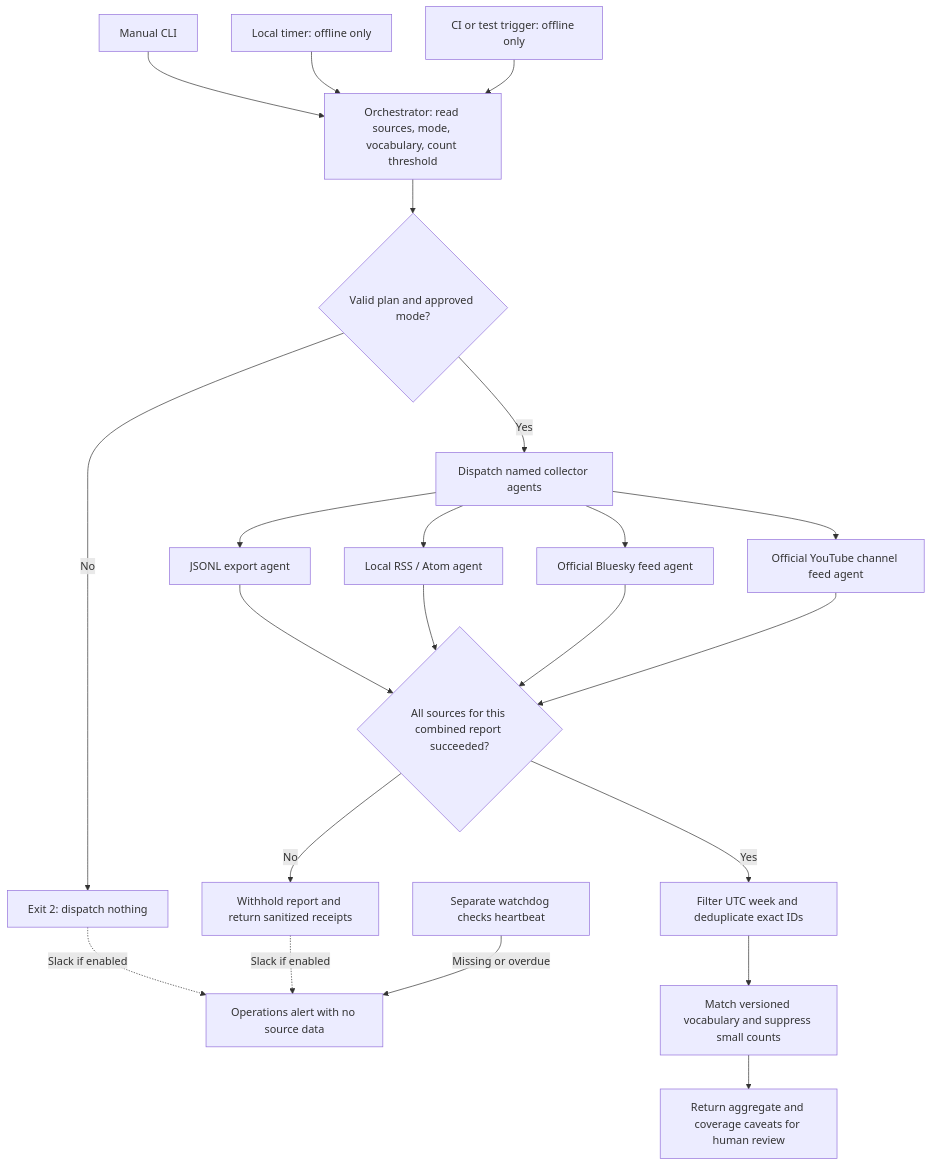
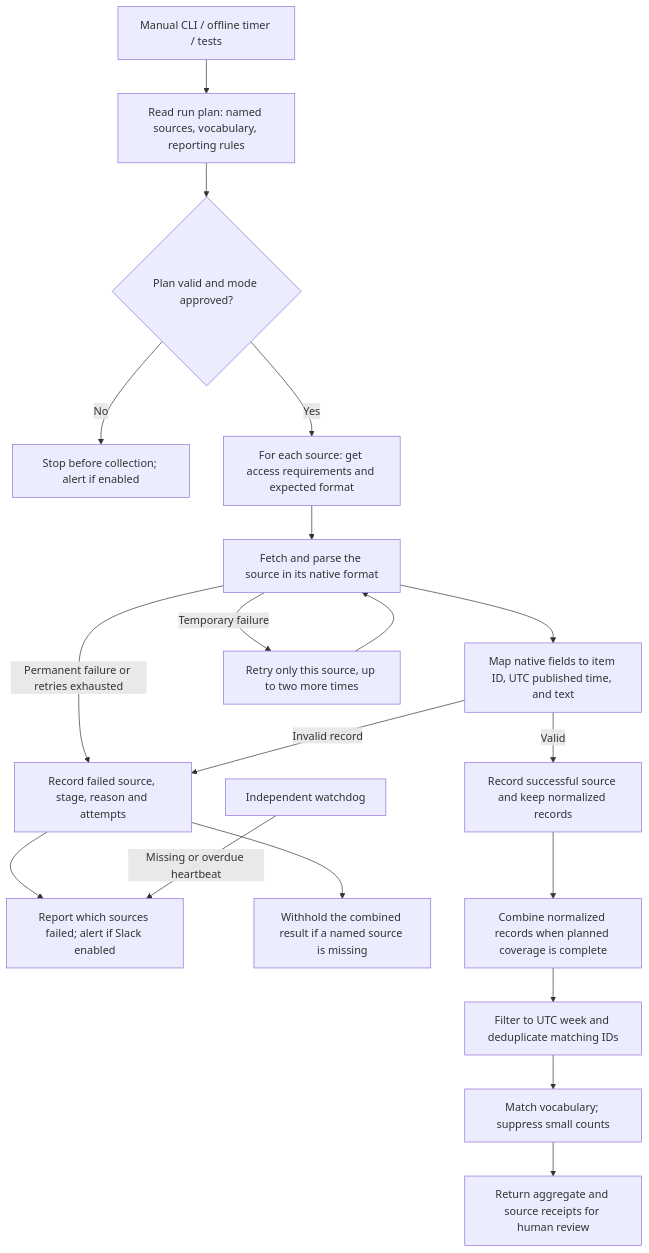
One commit to nikbearbrown/social-media-agent changed the diagram in agents/README.md. Above: the diagram before and after it, drawn with Mermaid. The commit also changed other lines of this file and 11 other files, not shown here.

Commit message:
Normalize native source fields and retry failures by source

````diff
--- a/agents/README.md
+++ b/agents/README.md
@@ -5,24 +5,21 @@
 ```mermaid
 flowchart TD
-    M["Manual CLI"] --> O["Orchestrator: read sources, mode, vocabulary, count threshold"]
-    T["Local timer: offline only"] --> O
-    I["CI or test trigger: offline only"] --> O
-    O --> P{"Valid plan and approved mode?"}
-    P -- No --> E["Exit 2: dispatch nothing"]
-    P -- Yes --> D["Dispatch named collector agents"]
-    D --> J["JSONL export agent"]
-    D --> R["Local RSS / Atom agent"]
-    D --> B["Official Bluesky feed agent"]
-    D --> Y["Official YouTube channel feed agent"]
-    J --> Q{"All sources for this combined report succeeded?"}
-    R --> Q
-    B --> Q
-    Y --> Q
-    Q -- No --> F["Withhold report and return sanitized receipts"]
-    E -. "Slack if enabled" .-> A["Operations alert with no source data"]
-    F -. "Slack if enabled" .-> A
-    W["Separate watchdog checks heartbeat"] -- Missing or overdue --> A
-    Q -- Yes --> N["Filter UTC week and deduplicate exact IDs"]
-    N --> V["Match versioned vocabulary and suppress small counts"]
-    V --> H["Return aggregate and coverage caveats for human review"]
+    M["Manual CLI / offline timer / tests"] --> O["Read run plan: named sources, vocabulary, reporting rules"]
+    O --> V{"Plan valid and mode approved?"}
+    V -- No --> E["Stop before collection; alert if enabled"]
+    V -- Yes --> P["For each source: get access requirements and expected format"]
+    P --> C["Fetch and parse the source in its native format"]
+    C --> N["Map native fields to item ID, UTC published time, and text"]
+    C -- Temporary failure --> T["Retry only this source, up to two more times"]
+    T --> C
+    C -- Permanent failure or retries exhausted --> R["Record failed source, stage, reason and attempts"]
+    N -- Invalid record --> R
+    N -- Valid --> S["Record successful source and keep normalized records"]
+    R --> A["Report which sources failed; alert if Slack enabled"]
+    R --> H["Withhold the combined result if a named source is missing"]
+    S --> D["Combine normalized records when planned coverage is complete"]
+    D --> W["Filter to UTC week and deduplicate matching IDs"]
+    W --> K["Match vocabulary; suppress small counts"]
+    K --> F["Return aggregate and source receipts for human review"]
+    G["Independent watchdog"] -- Missing or overdue heartbeat --> A
 ```
````
